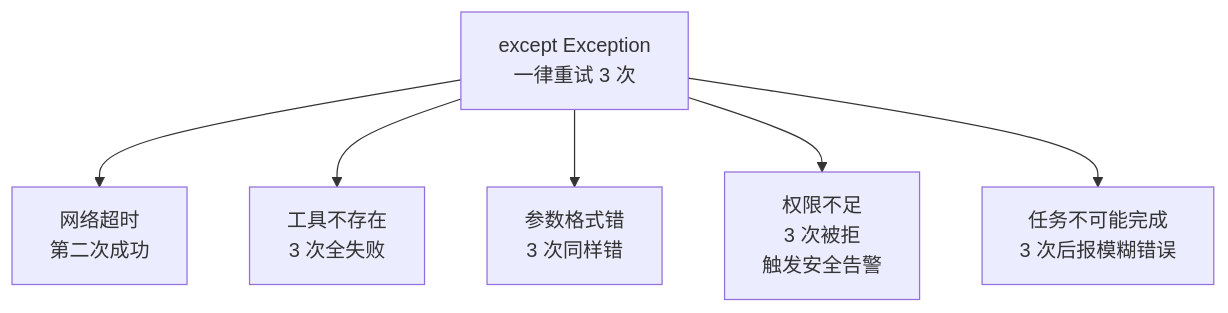
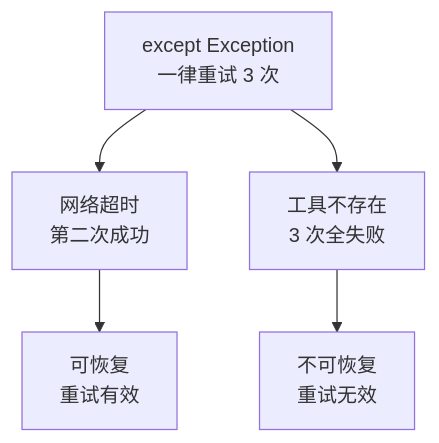
The first of 3 diagrams in vault/工程知识/AI 系统工程：从模型能力到生产能力/质量与运营/失败要分类才能对症下药.md (hub138/technical-knowledge), drawn with Mermaid before and after one commit. The commit also changed other lines of this file and 622 other files, not shown here.

````diff
--- a/vault/工程知识/AI 系统工程：从模型能力到生产能力/质量与运营/失败要分类才能对症下药.md
+++ b/vault/工程知识/AI 系统工程：从模型能力到生产能力/质量与运营/失败要分类才能对症下药.md
@@ -45,8 +61,7 @@
 ```mermaid
 flowchart TB
     a["except Exception<br/>一律重试 3 次"] --> b1["网络超时<br/>第二次成功"]
     a --> b2["工具不存在<br/>3 次全失败"]
-    a --> b3["参数格式错<br/>3 次同样错"]
-    a --> b4["权限不足<br/>3 次被拒<br/>触发安全告警"]
-    a --> b5["任务不可能完成<br/>3 次后报模糊错误"]
+    b1 --> r1["可恢复<br/>重试有效"]
+    b2 --> r2["不可恢复<br/>重试无效"]
 ```
````
